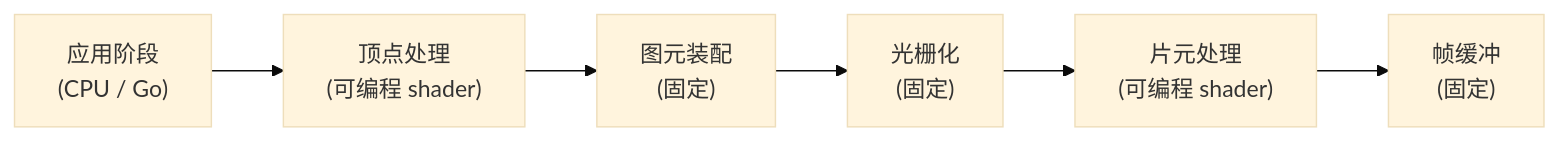
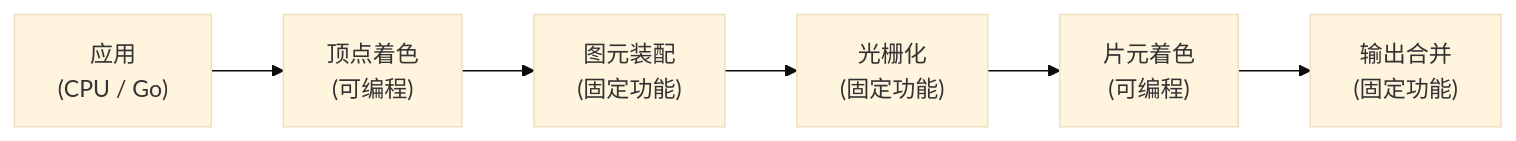
One commit to golang-design/under-the-hood changed the diagram in book/zh-cn/part6hetero/ch19graphics/pipeline.md. Above: the diagram before and after it, drawn with Mermaid (base theme). The commit also changed other lines of this file and 4 other files, not shown here.

First line of the commit message:
content(ch19): deep refresh of the graphics chapter (zh)

````diff
--- a/book/zh-cn/part6hetero/ch19graphics/pipeline.md
+++ b/book/zh-cn/part6hetero/ch19graphics/pipeline.md
@@ -19,8 +18,8 @@
 ```mermaid
 flowchart LR
-    app["应用阶段<br/>(CPU / Go)"] --> vs["顶点处理<br/>(可编程 shader)"]
-    vs --> pa["图元装配<br/>(固定)"]
-    pa --> rs["光栅化<br/>(固定)"]
-    rs --> fs["片元处理<br/>(可编程 shader)"]
-    fs --> fb["帧缓冲<br/>(固定)"]
+    app["应用<br/>(CPU / Go)"] --> vs["顶点着色<br/>(可编程)"]
+    vs --> pa["图元装配<br/>(固定功能)"]
+    pa --> rs["光栅化<br/>(固定功能)"]
+    rs --> fs["片元着色<br/>(可编程)"]
+    fs --> om["输出合并<br/>(固定功能)"]
 ```
````
